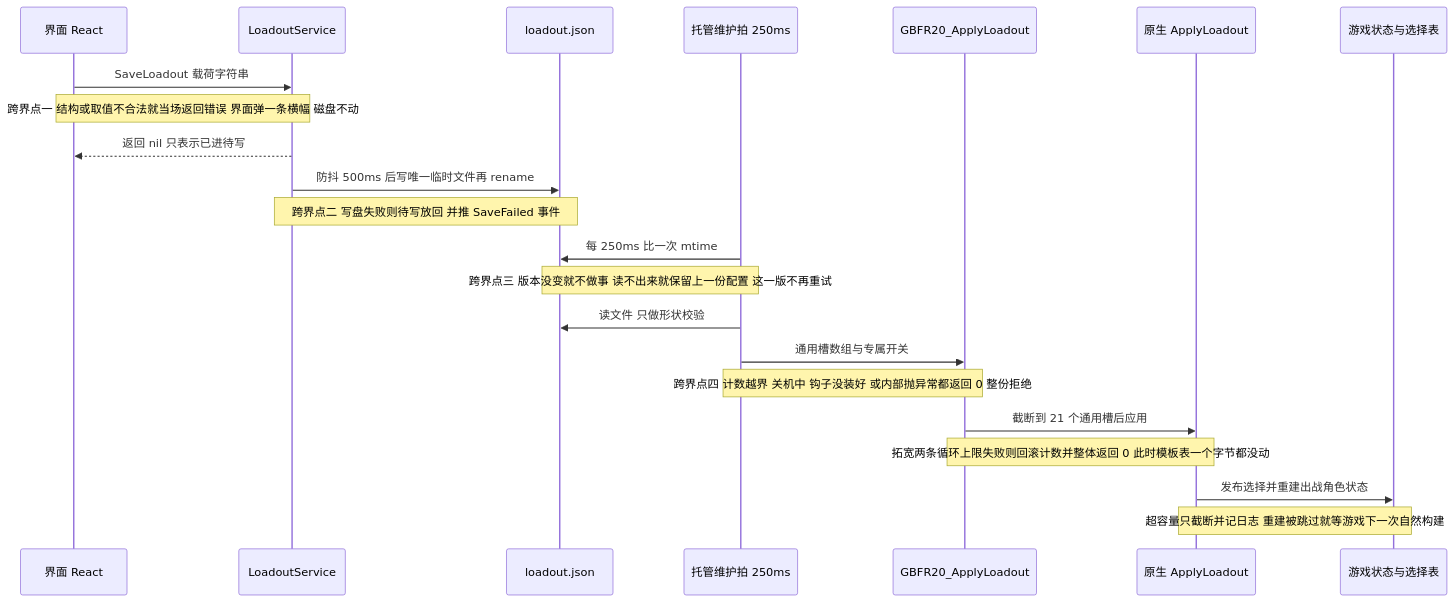
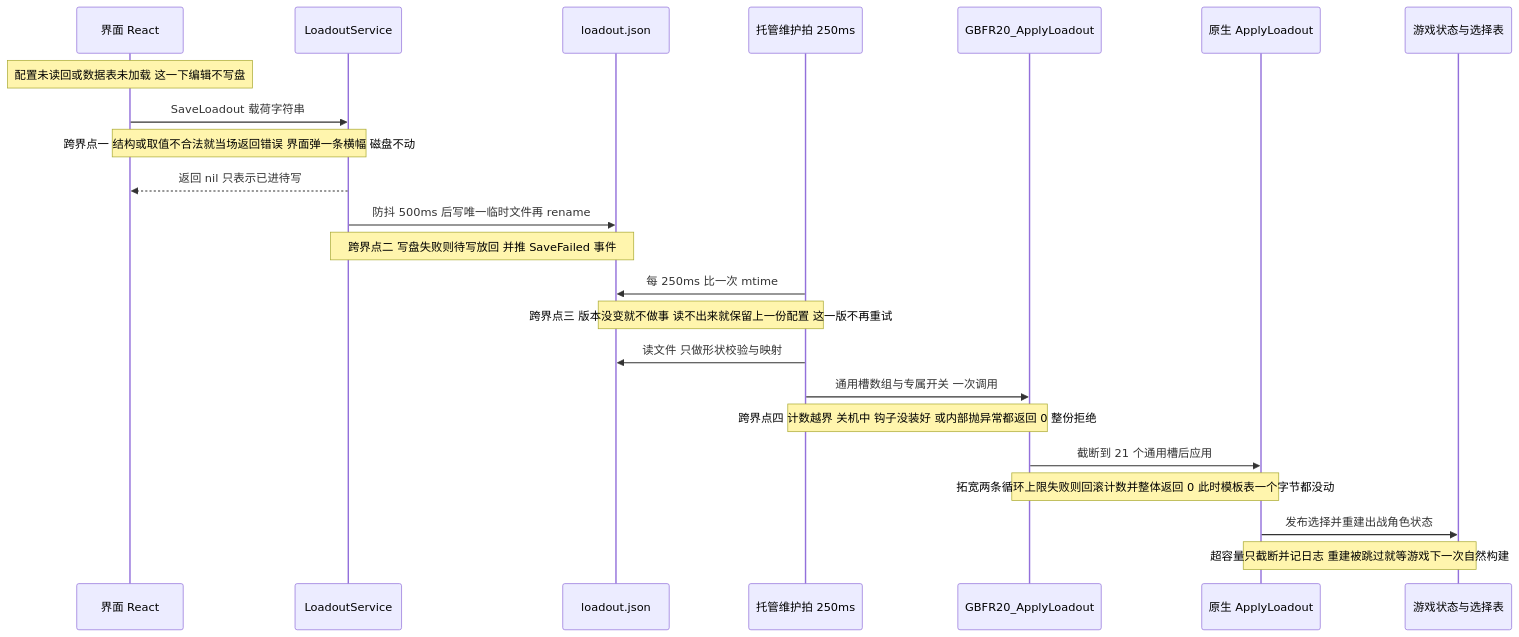
The first of 2 diagrams in openwiki/workflows/loadout-apply.md (baagod/GBFR-Sigil-Loadout), drawn with Mermaid before and after one commit. The commit also changed other lines of this file and 33 other files, not shown here.

````diff
--- a/openwiki/workflows/loadout-apply.md
+++ b/openwiki/workflows/loadout-apply.md
@@ -70,25 +77,26 @@
 ```mermaid
 sequenceDiagram
     participant UI as 界面 React
     participant Go as LoadoutService
     participant F as loadout.json
     participant Tick as 托管维护拍 250ms
     participant ABI as GBFR20_ApplyLoadout
     participant N as 原生 ApplyLoadout
     participant Game as 游戏状态与选择表
 
+    Note over UI: 配置未读回或数据表未加载 这一下编辑不写盘
     UI->>Go: SaveLoadout 载荷字符串
     Note over UI,Go: 跨界点一 结构或取值不合法就当场返回错误 界面弹一条横幅 磁盘不动
     Go-->>UI: 返回 nil 只表示已进待写
     Go->>F: 防抖 500ms 后写唯一临时文件再 rename
     Note over Go,F: 跨界点二 写盘失败则待写放回 并推 SaveFailed 事件
     Tick->>F: 每 250ms 比一次 mtime
     Note over Tick,F: 跨界点三 版本没变就不做事 读不出来就保留上一份配置 这一版不再重试
-    Tick->>F: 读文件 只做形状校验
-    Tick->>ABI: 通用槽数组与专属开关
+    Tick->>F: 读文件 只做形状校验与映射
+    Tick->>ABI: 通用槽数组与专属开关 一次调用
     Note over Tick,ABI: 跨界点四 计数越界 关机中 钩子没装好 或内部抛异常都返回 0 整份拒绝
     ABI->>N: 截断到 21 个通用槽后应用
     Note over ABI,N: 拓宽两条循环上限失败则回滚计数并整体返回 0 此时模板表一个字节都没动
     N->>Game: 发布选择并重建出战角色状态
     Note over N,Game: 超容量只截断并记日志 重建被跳过就等游戏下一次自然构建
 ```
````
